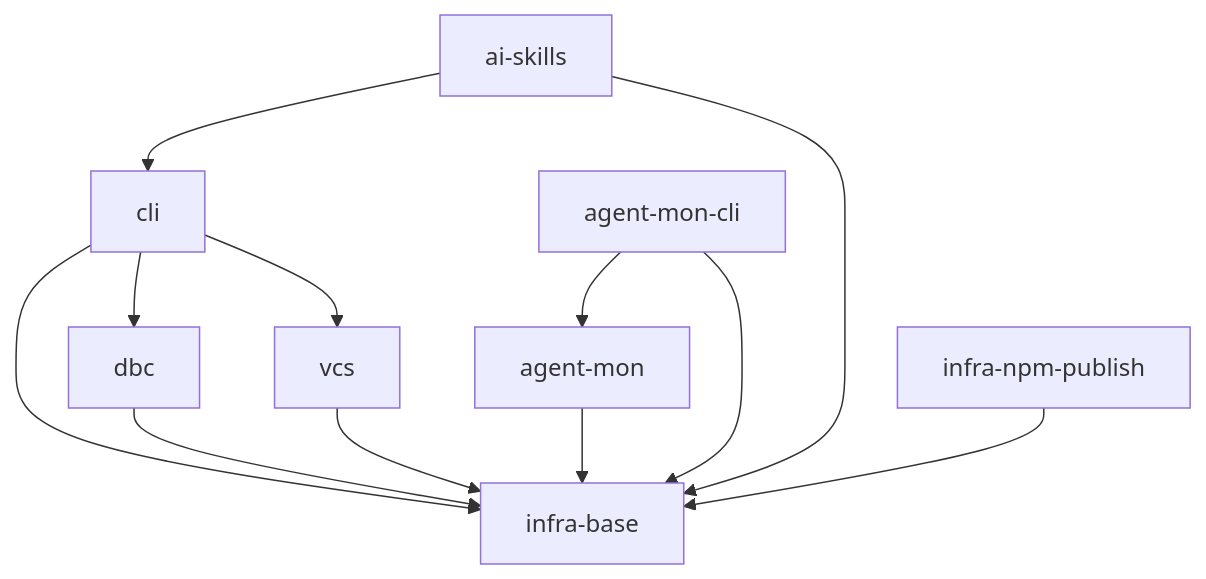
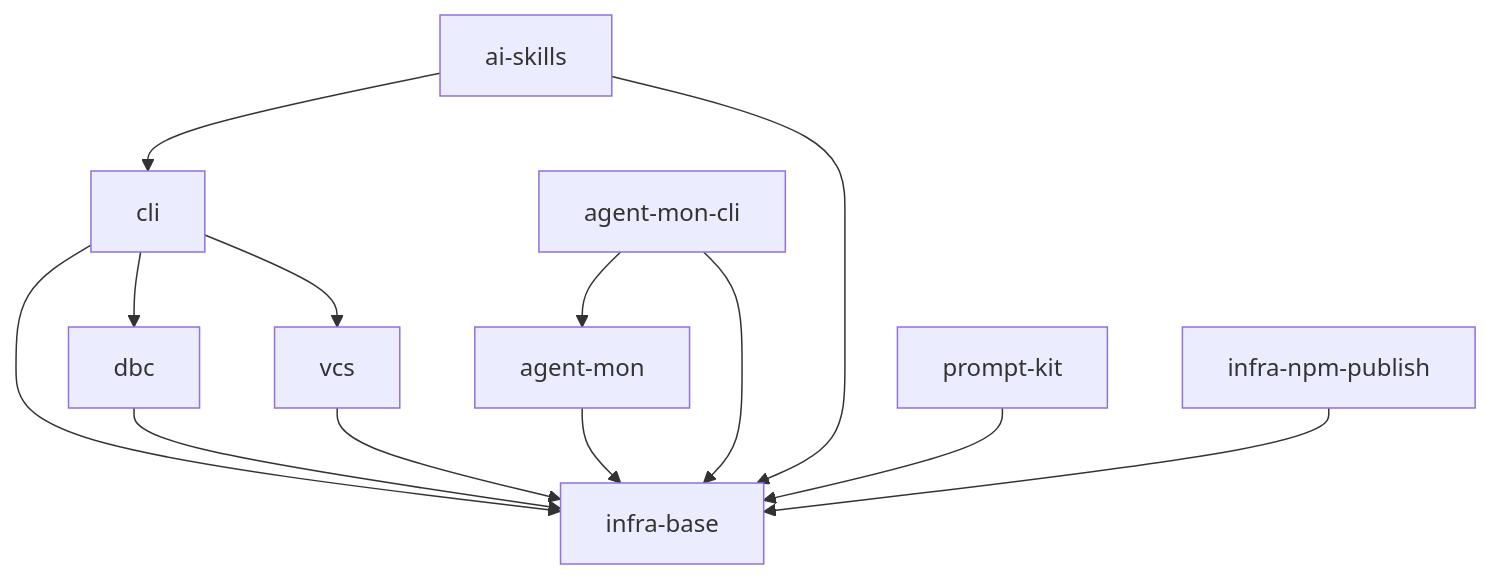
One commit to RubaXa/gennady changed the diagram in specs/README.md. Above: the diagram before and after it, drawn with Mermaid. The commit also changed other lines of this file and 10 other files, not shown here.

First line of the commit message:
feat(prompt-kit): add scope spec, module specs, and 4 task tickets

````diff
--- a/specs/README.md
+++ b/specs/README.md
@@ -9,14 +9,15 @@
 ```mermaid
 graph TD
     cli --> dbc
     cli --> infra-base
     cli --> vcs
     dbc --> infra-base
     vcs --> infra-base
     agent-mon --> infra-base
     agent-mon-cli --> infra-base
     agent-mon-cli --> agent-mon
     ai-skills --> infra-base
     ai-skills --> cli
+    prompt-kit --> infra-base
     infra-npm-publish --> infra-base
 ```
````
